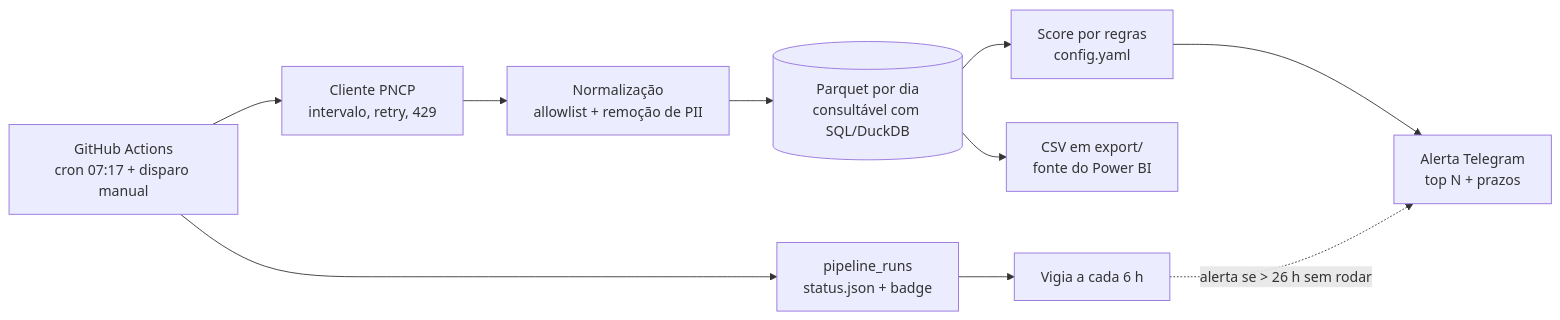
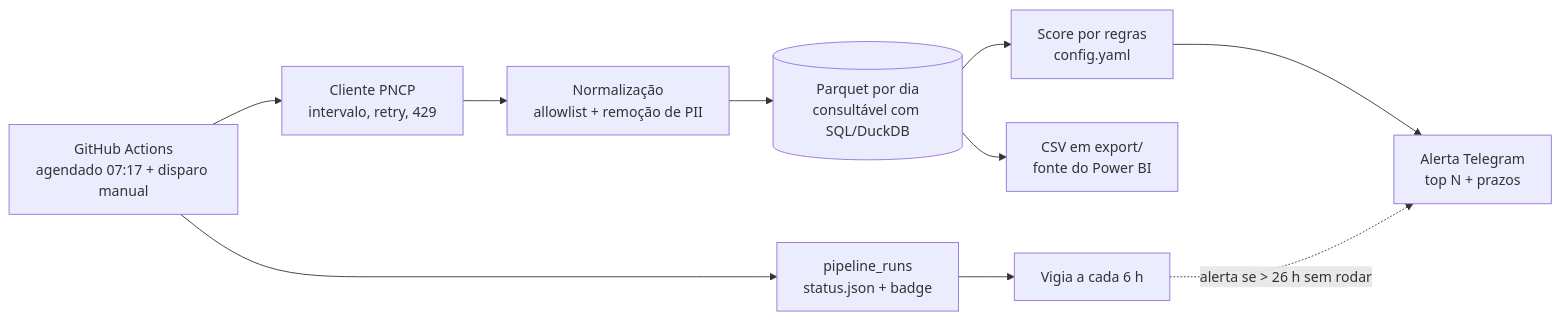
One commit to victor-ozores/Radar-PNCP changed the diagram in README.md. Above: the diagram before and after it, drawn with Mermaid. The commit also changed other lines of this file and 5 other files, not shown here.

````diff
--- a/README.md
+++ b/README.md
@@ -34,12 +34,12 @@
 ```mermaid
 flowchart LR
-    A[GitHub Actions<br/>cron 07:17 + disparo manual] --> B[Cliente PNCP<br/>intervalo, retry, 429]
+    A[GitHub Actions<br/>agendado 07:17 + disparo manual] --> B[Cliente PNCP<br/>intervalo, retry, 429]
     B --> C[Normalização<br/>allowlist + remoção de PII]
     C --> D[(Parquet por dia<br/>consultável com SQL/DuckDB)]
     D --> E[Score por regras<br/>config.yaml]
     E --> F[Alerta Telegram<br/>top N + prazos]
     D --> G[CSV em export/<br/>fonte do Power BI]
     A --> H[pipeline_runs<br/>status.json + badge]
     I[Vigia a cada 6 h] -. alerta se > 26 h sem rodar .-> F
     H --> I
 ```
````
